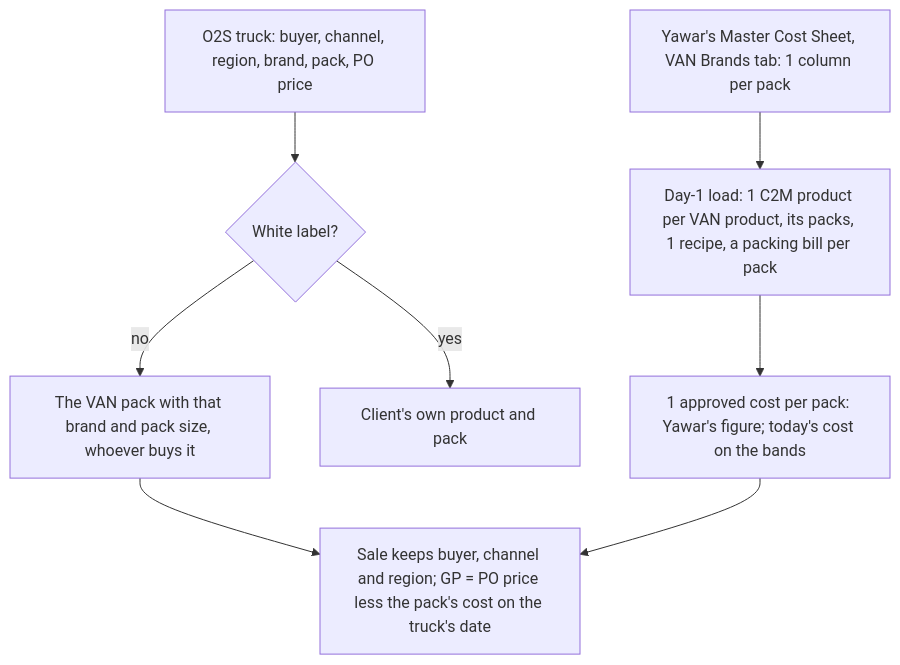
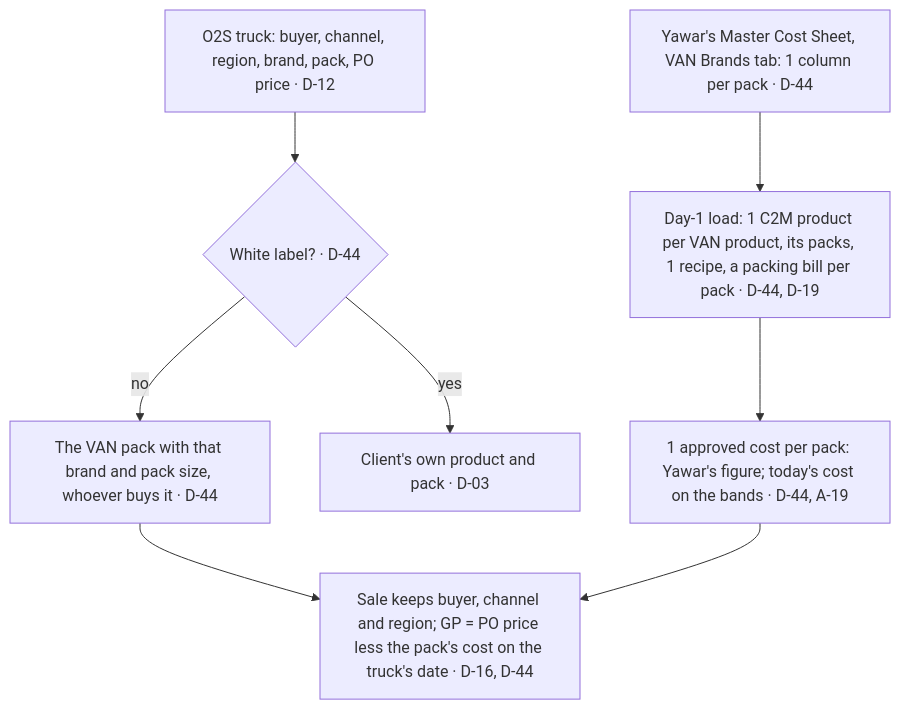
Before and after one commit to taabbas1947-eng/VAN-OP: diagram 14 of 17 in apps/c2m/docs/01-process-flows.md, drawn with Mermaid. The commit also changed other lines of this file and 18 other files, not shown here.

````diff
--- a/apps/c2m/docs/01-process-flows.md
+++ b/apps/c2m/docs/01-process-flows.md
@@ -245,10 +319,10 @@
 ```mermaid
 flowchart TB
-  S[Yawar's Master Cost Sheet, VAN Brands tab: 1 column per pack] --> L[Day-1 load: 1 C2M product per VAN product, its packs, 1 recipe, a packing bill per pack]
-  L --> C[1 approved cost per pack: Yawar's figure; today's cost on the bands]
-  O[O2S truck: buyer, channel, region, brand, pack, PO price] --> M{White label?}
-  M -- yes --> W[Client's own product and pack]
-  M -- no --> V[The VAN pack with that brand and pack size, whoever buys it]
-  V --> G[Sale keeps buyer, channel and region; GP = PO price less the pack's cost on the truck's date]
+  S[Yawar's Master Cost Sheet, VAN Brands tab: 1 column per pack · D-44] --> L[Day-1 load: 1 C2M product per VAN product, its packs, 1 recipe, a packing bill per pack · D-44, D-19]
+  L --> C[1 approved cost per pack: Yawar's figure; today's cost on the bands · D-44, A-19]
+  O[O2S truck: buyer, channel, region, brand, pack, PO price · D-12] --> M{White label? · D-44}
+  M -- yes --> W[Client's own product and pack · D-03]
+  M -- no --> V[The VAN pack with that brand and pack size, whoever buys it · D-44]
+  V --> G[Sale keeps buyer, channel and region; GP = PO price less the pack's cost on the truck's date · D-16, D-44]
   C --> G
 ```
````
